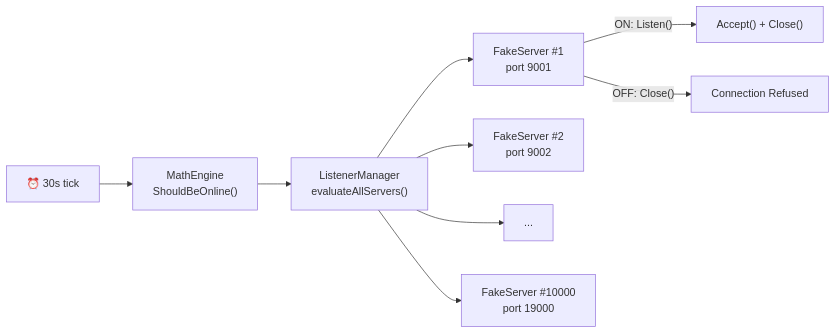
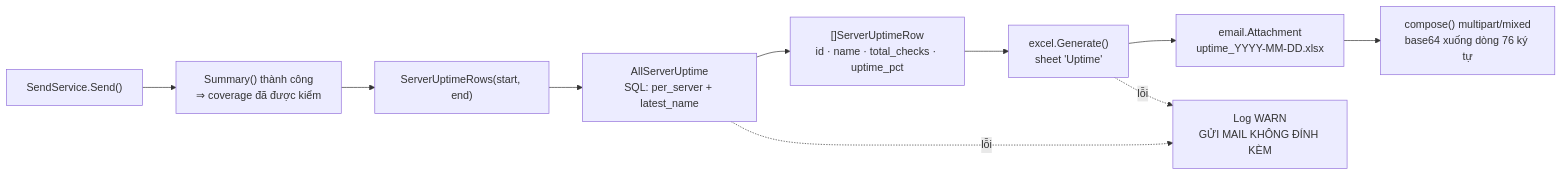
Before and after one commit to dwchwang/sms_microservice: the fifth of 6 diagrams in .claude/diagrams/component-diagram.md, drawn with Mermaid. The commit also changed other lines of this file and 21 other files, not shown here.

Commit message:
feat: add Excel report generation and email attachment functionality

````diff
--- a/.claude/diagrams/component-diagram.md
+++ b/.claude/diagrams/component-diagram.md
@@ -132,12 +260,14 @@
 ```mermaid
-flowchart LR
-    Tick["⏰ 30s tick"] --> Engine["MathEngine<br/>ShouldBeOnline()"]
-    Engine --> Manager["ListenerManager<br/>evaluateAllServers()"]
-    Manager --> Server1["FakeServer #1<br/>port 9001"]
-    Manager --> Server2["FakeServer #2<br/>port 9002"]
-    Manager --> ServerDots["..."]
-    Manager --> ServerN["FakeServer #10000<br/>port 19000"]
-    
-    Server1 -->|"ON: Listen()"| Accept1["Accept() + Close()"]
-    Server1 -->|"OFF: Close()"| Refuse1["Connection Refused"]
+graph LR
+    A["SendService.Send()"] --> B["Summary() thành công<br/>⇒ coverage đã được kiểm"]
+    B --> C["ServerUptimeRows(start, end)"]
+    C --> D["AllServerUptime<br/>SQL: per_server + latest_name"]
+    D --> E["[]ServerUptimeRow<br/>id · name · total_checks · uptime_pct"]
+    E --> F["excel.Generate()<br/>sheet 'Uptime'"]
+    F --> G["email.Attachment<br/>uptime_YYYY-MM-DD.xlsx"]
+    G --> H["compose() multipart/mixed<br/>base64 xuống dòng 76 ký tự"]
+
+    X["Log WARN<br/>GỬI MAIL KHÔNG ĐÍNH KÈM"]
+    D -.->|"lỗi"| X
+    F -.->|"lỗi"| X
 ```
````
